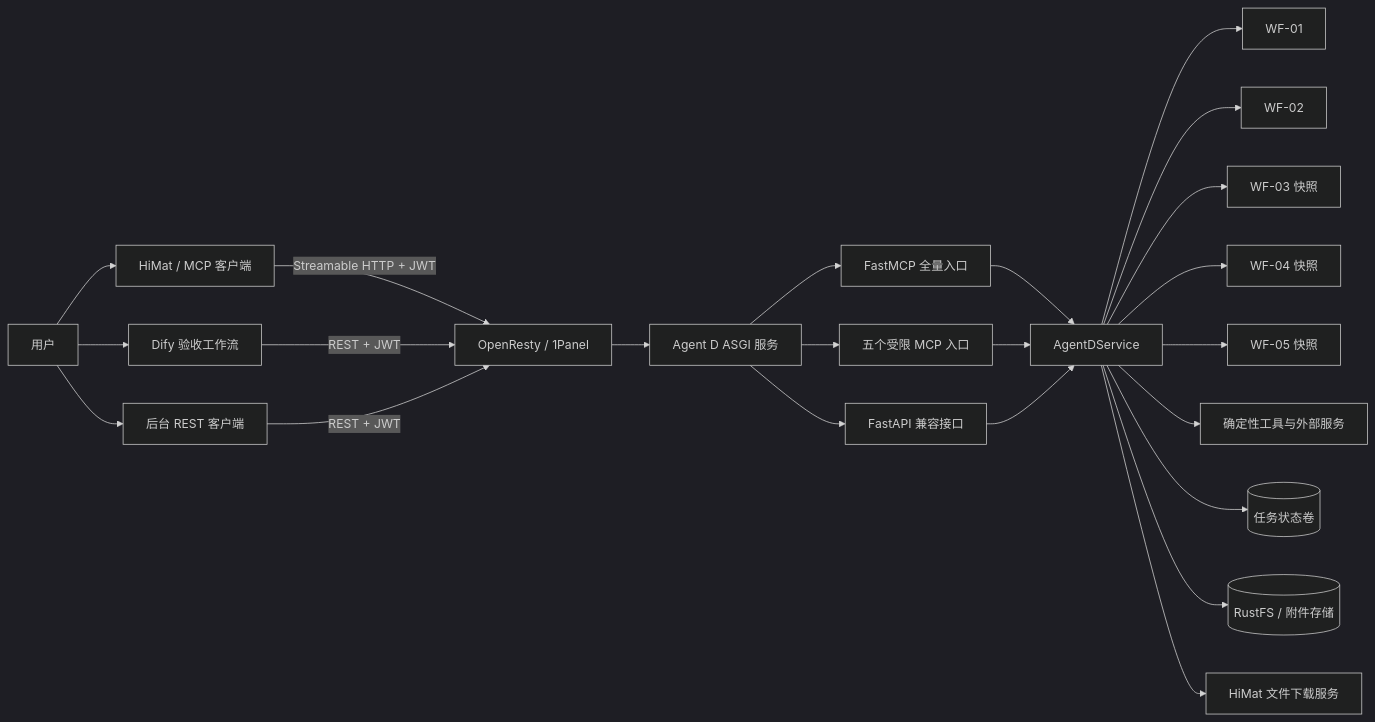
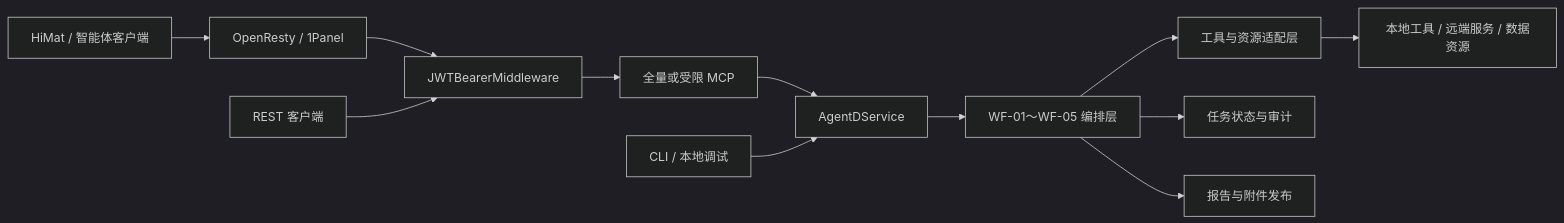
Before and after one commit to Rerain123/agentd-primer-probe: the first of 3 diagrams in docs/PROJECT_ENGINEERING_GUIDE.md, drawn with Mermaid (dark theme). The commit also changed other lines of this file and 12 other files, not shown here.

````diff
--- a/docs/PROJECT_ENGINEERING_GUIDE.md
+++ b/docs/PROJECT_ENGINEERING_GUIDE.md
@@ -140,30 +51,17 @@
 ```mermaid
 flowchart LR
-    U[用户] --> H[HiMat / MCP 客户端]
-    U --> D[Dify 验收工作流]
-    U --> R[后台 REST 客户端]
+    A[HiMat / 智能体客户端] --> B[OpenResty / 1Panel]
+    B --> C[JWTBearerMiddleware]
+    C --> D[全量或受限 MCP]
+    D --> E[AgentDService]
 
-    H -->|Streamable HTTP + JWT| G[OpenResty / 1Panel]
-    D -->|REST + JWT| G
-    R -->|REST + JWT| G
+    R[REST 客户端] --> C
+    L[CLI / 本地调试] --> E
 
-    G --> A[Agent D ASGI 服务]
-    A --> M[FastMCP 全量入口]
-    A --> S[五个受限 MCP 入口]
-    A --> F[FastAPI 兼容接口]
+    E --> W[WF-01～WF-05 编排层]
+    W --> T[工具与资源适配层]
+    W --> S[任务状态与审计]
+    W --> P[报告与附件发布]
 
-    M --> C[AgentDService]
-    S --> C
-    F --> C
-
-    C --> W1[WF-01]
-    C --> W2[WF-02]
-    C --> W3[WF-03 快照]
-    C --> W4[WF-04 快照]
-    C --> W5[WF-05 快照]
-
-    C --> T[确定性工具与外部服务]
-    C --> P[(任务状态卷)]
-    C --> O[(RustFS / 附件存储)]
-    C --> X[HiMat 文件下载服务]
+    T --> X[本地工具 / 远端服务 / 数据资源]
 ```
````
